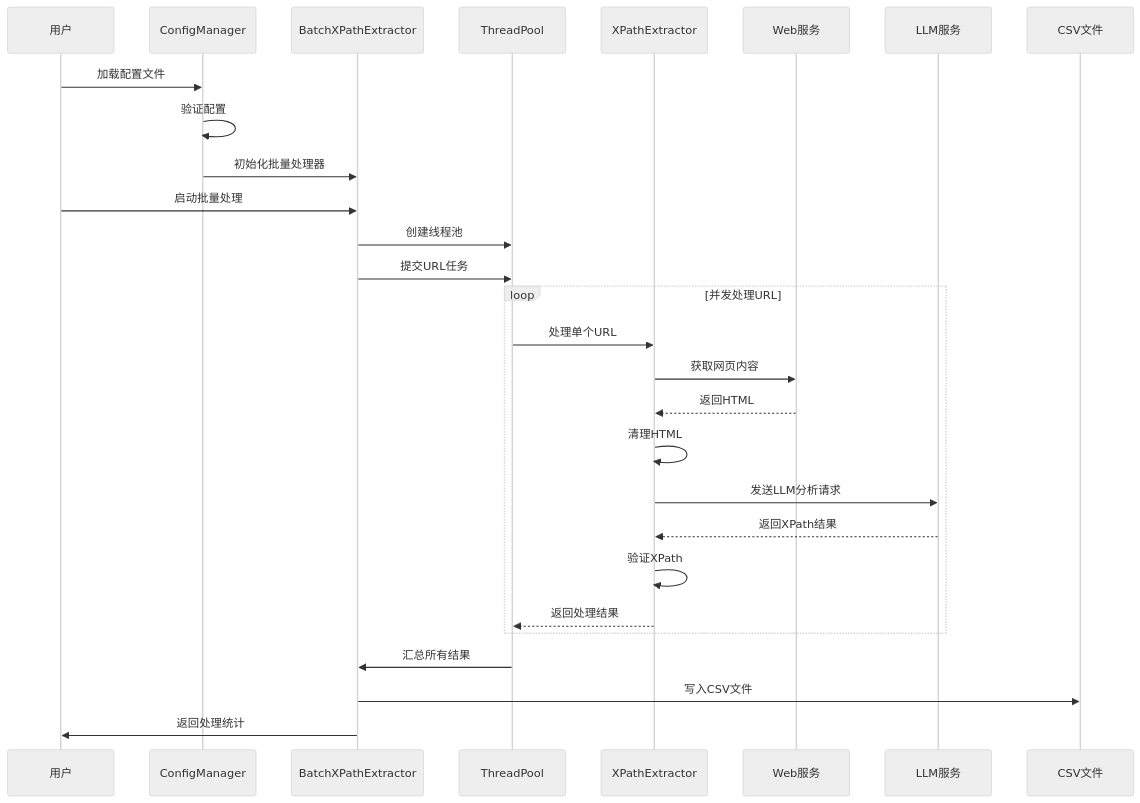
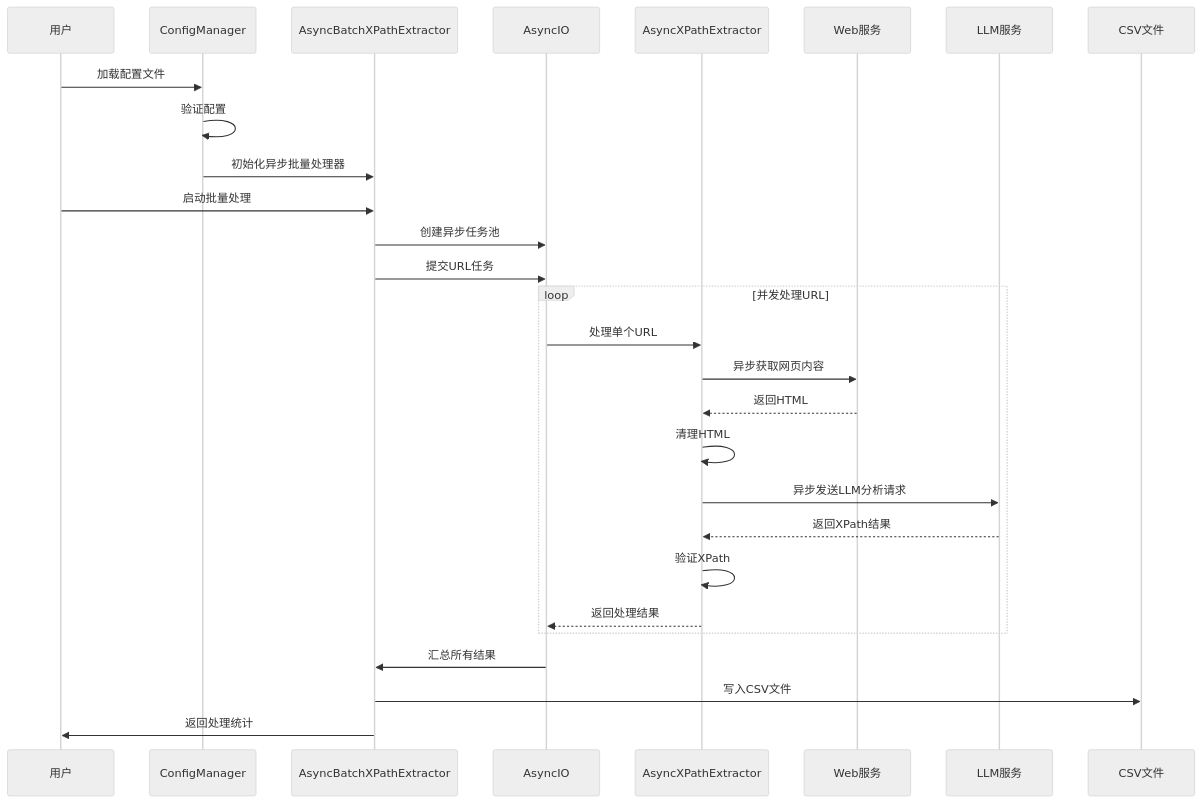
The second of 7 diagrams in ARCHITECTURE.md (manba024/XPathTool), drawn with Mermaid (neutral theme) before and after one commit. The commit also changed other lines of this file and 28 other files, not shown here.

````diff
--- a/ARCHITECTURE.md
+++ b/ARCHITECTURE.md
@@ -54,34 +57,34 @@
 ```mermaid
 sequenceDiagram
     participant U as 用户
     participant C as ConfigManager
-    participant B as BatchXPathExtractor
-    participant P as ThreadPool
-    participant X as XPathExtractor
+    participant B as AsyncBatchXPathExtractor
+    participant A as AsyncIO
+    participant X as AsyncXPathExtractor
     participant W as Web服务
     participant L as LLM服务
     participant F as CSV文件
     
     U->>C: 加载配置文件
     C->>C: 验证配置
-    C->>B: 初始化批量处理器
+    C->>B: 初始化异步批量处理器
     
     U->>B: 启动批量处理
-    B->>P: 创建线程池
-    B->>P: 提交URL任务
+    B->>A: 创建异步任务池
+    B->>A: 提交URL任务
     
     loop 并发处理URL
-        P->>X: 处理单个URL
-        X->>W: 获取网页内容
+        A->>X: 处理单个URL
+        X->>W: 异步获取网页内容
         W-->>X: 返回HTML
         X->>X: 清理HTML
-        X->>L: 发送LLM分析请求
+        X->>L: 异步发送LLM分析请求
         L-->>X: 返回XPath结果
         X->>X: 验证XPath
-        X-->>P: 返回处理结果
+        X-->>A: 返回处理结果
     end
     
-    P->>B: 汇总所有结果
+    A->>B: 汇总所有结果
     B->>F: 写入CSV文件
     B->>U: 返回处理统计
 ```
````
